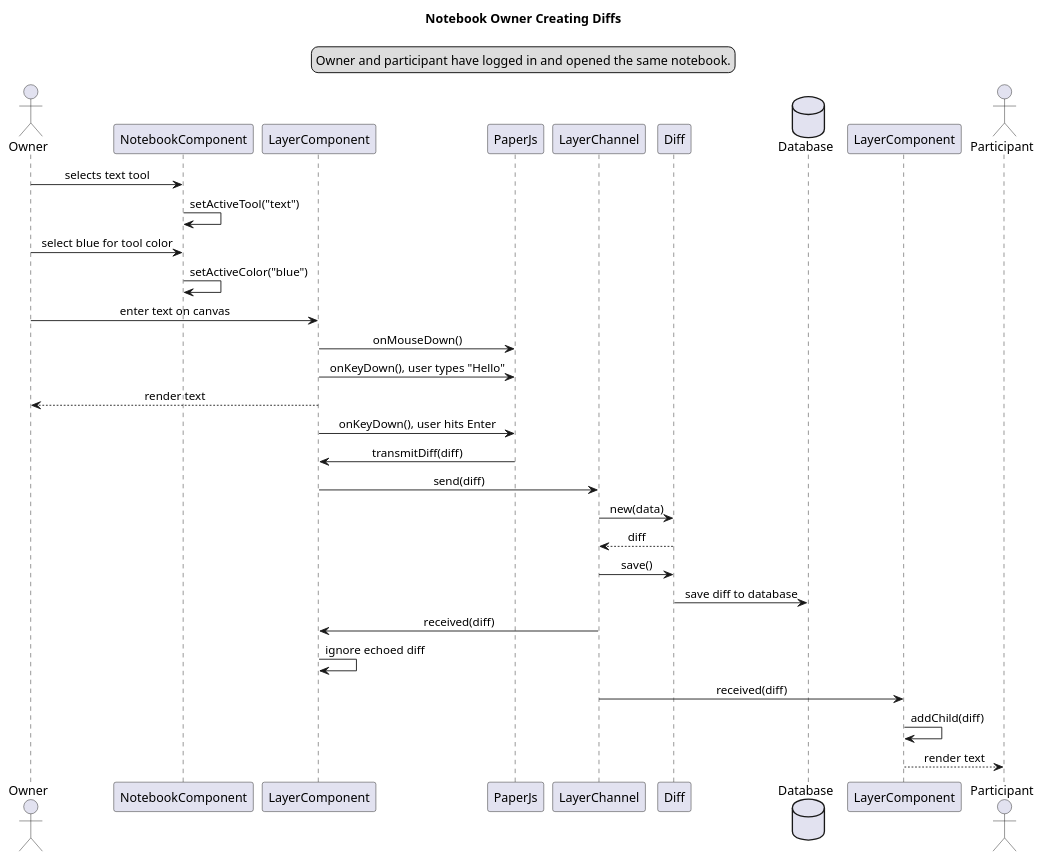
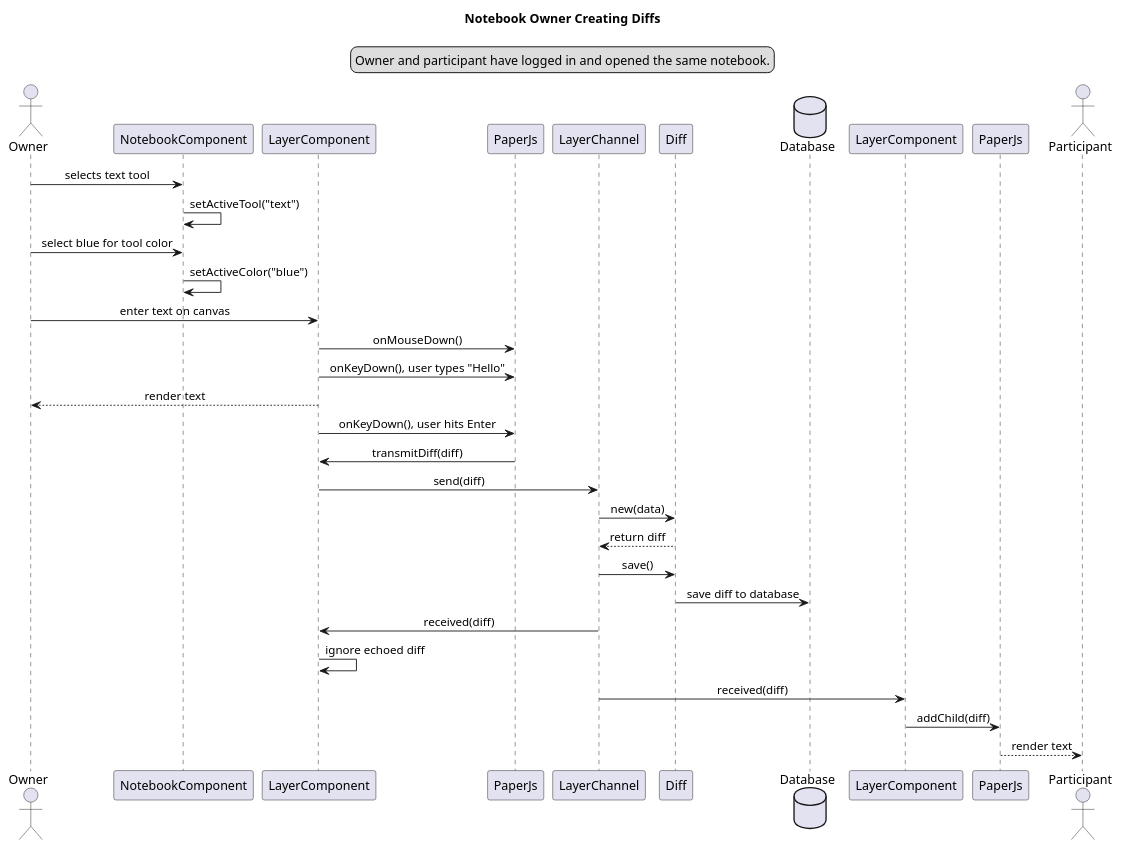
One commit to calebschoepp/canvasync changed the diagram in docs/preliminary_design/owner_create_diffs_seq.plantuml. Above: the diagram before and after it, drawn with PlantUML. The commit also changed 5 other files, not shown here.

```diff
--- a/docs/preliminary_design/owner_create_diffs_seq.plantuml
+++ b/docs/preliminary_design/owner_create_diffs_seq.plantuml
@@ -1,43 +1,44 @@
 @startuml Notebook Owner Creating Diffs
 title Notebook Owner Creating Diffs
 skinparam sequenceMessageAlign center
 legend top
 Owner and participant have logged in and opened the same notebook.
 endlegend
 
 actor Owner as owner
 participant NotebookComponent as nc
 participant LayerComponent as olc
 participant PaperJs as opjs
 participant LayerChannel as lch
 participant Diff as d
 database Database as db
 participant LayerComponent as plc
+participant PaperJs as ppjs
 actor Participant as partic
+
 
 owner -> nc : selects text tool
 nc -> nc : setActiveTool("text")
 owner -> nc : select blue for tool color
 nc -> nc : setActiveColor("blue")
 owner -> olc : enter text on canvas
 
 olc -> opjs : onMouseDown()
 olc -> opjs : onKeyDown(), user types "Hello"
 olc --> owner : render text
 olc -> opjs : onKeyDown(), user hits Enter
 opjs -> olc : transmitDiff(diff)
 
 olc -> lch : send(diff)
 lch -> d : new(data)
-d --> lch : diff
+d --> lch : return diff
 lch -> d : save()
 d -> db : save diff to database
 
 lch -> olc : received(diff)
 olc -> olc : ignore echoed diff
 
 lch -> plc : received(diff)
-plc -> plc : addChild(diff)
-
-plc --> partic : render text
+plc -> ppjs : addChild(diff)
+ppjs --> partic : render text
 @enduml
```
